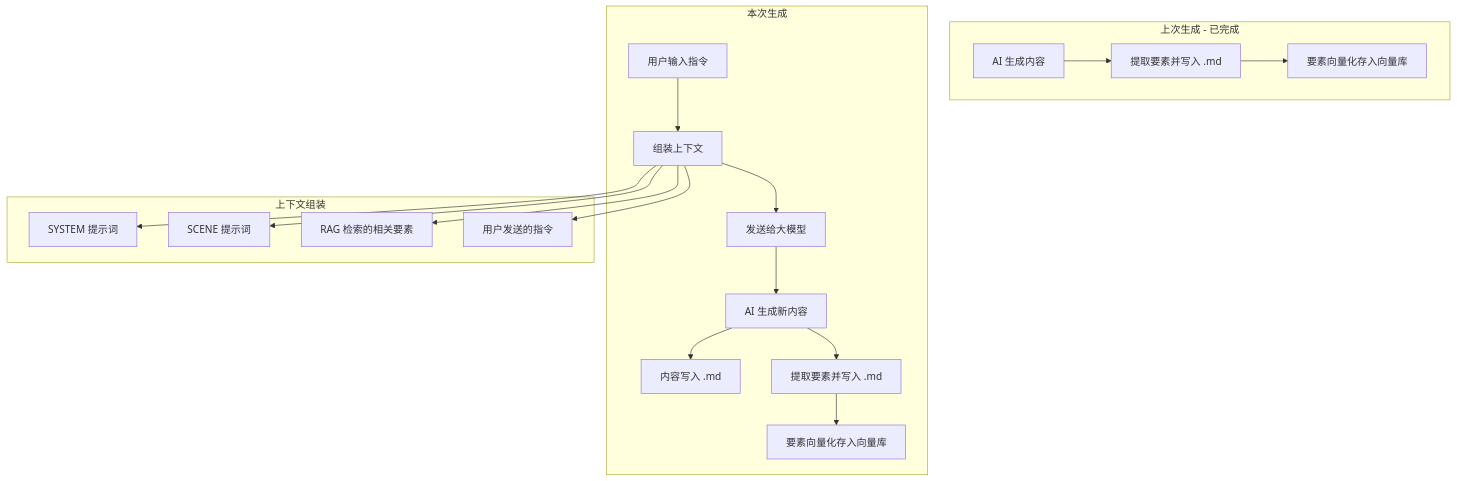
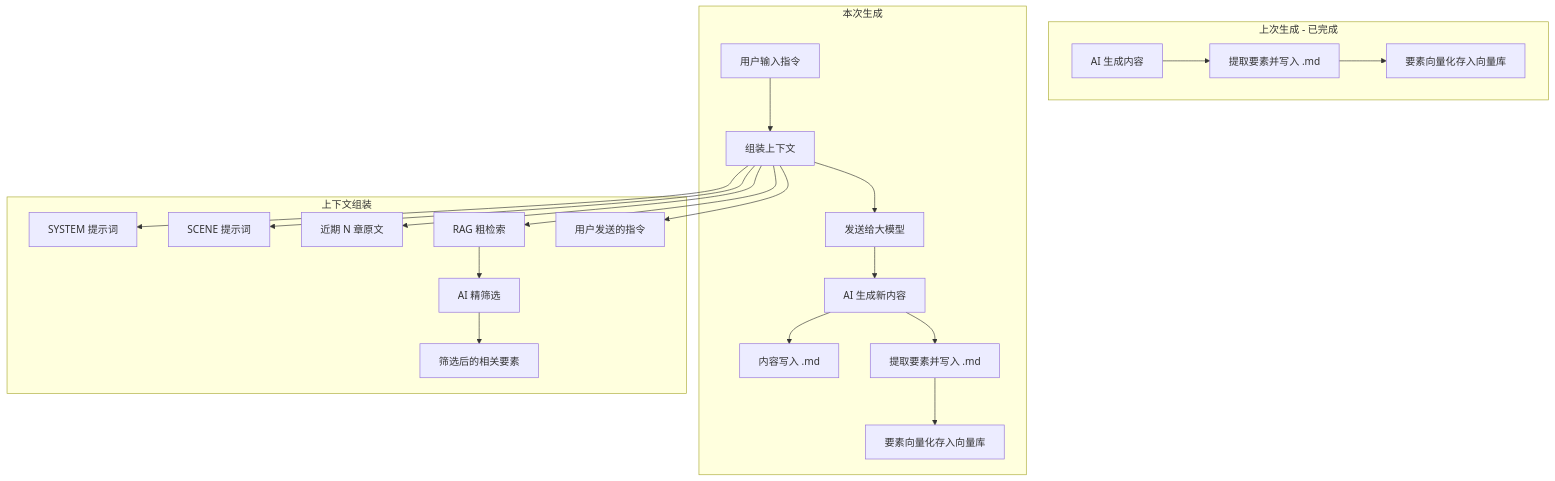
One commit to honlnk/NovAI-document changed the diagram in NovAI产品规划.md. Above: the diagram before and after it, drawn with Mermaid. The commit also changed other lines of this file and 1 other file, not shown here.

````diff
--- a/NovAI产品规划.md
+++ b/NovAI产品规划.md
@@ -95,23 +95,26 @@
 ```mermaid
 graph TD
     subgraph last["上次生成 - 已完成"]
         A1[AI 生成内容] --> A2[提取要素并写入 .md]
         A2 --> A3[要素向量化存入向量库]
     end
 
     subgraph current["本次生成"]
         B1[用户输入指令] --> B2[组装上下文]
-        B2 --> B3[发送给大模型]
-        B3 --> B4[AI 生成新内容]
-        B4 --> B5[内容写入 .md]
-        B4 --> B6[提取要素并写入 .md]
-        B6 --> B7[要素向量化存入向量库]
+        B2 --> B5[发送给大模型]
+        B5 --> B4[AI 生成新内容]
+        B4 --> B6[内容写入 .md]
+        B4 --> B7[提取要素并写入 .md]
+        B7 --> B8[要素向量化存入向量库]
     end
 
     subgraph ctx["上下文组装"]
         B2 --> C1[SYSTEM 提示词]
         B2 --> C2[SCENE 提示词]
-        B2 --> C3[RAG 检索的相关要素]
-        B2 --> C4[用户发送的指令]
+        B2 --> C6[近期 N 章原文]
+        B2 --> C3[RAG 粗检索]
+        C3 --> C4[AI 精筛选]
+        C4 --> C5[筛选后的相关要素]
+        B2 --> C7[用户发送的指令]
     end
 ```
````
